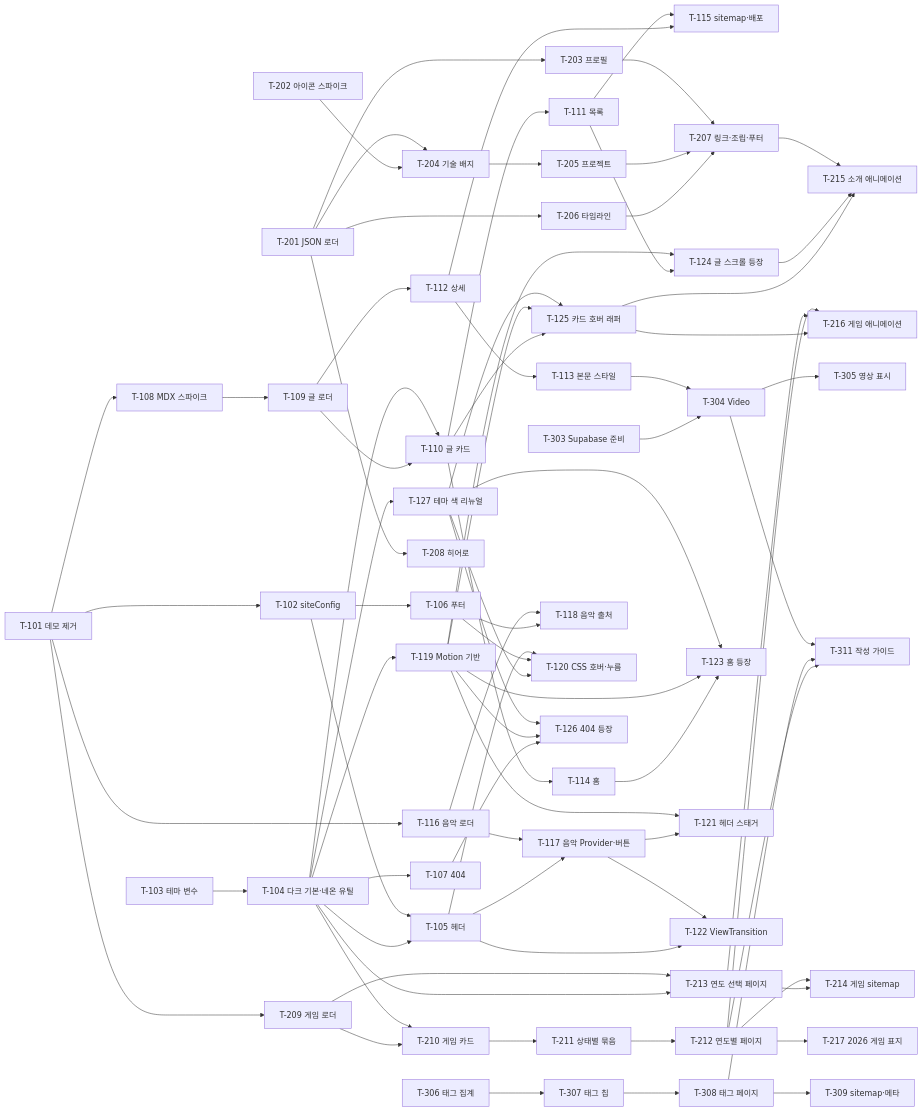
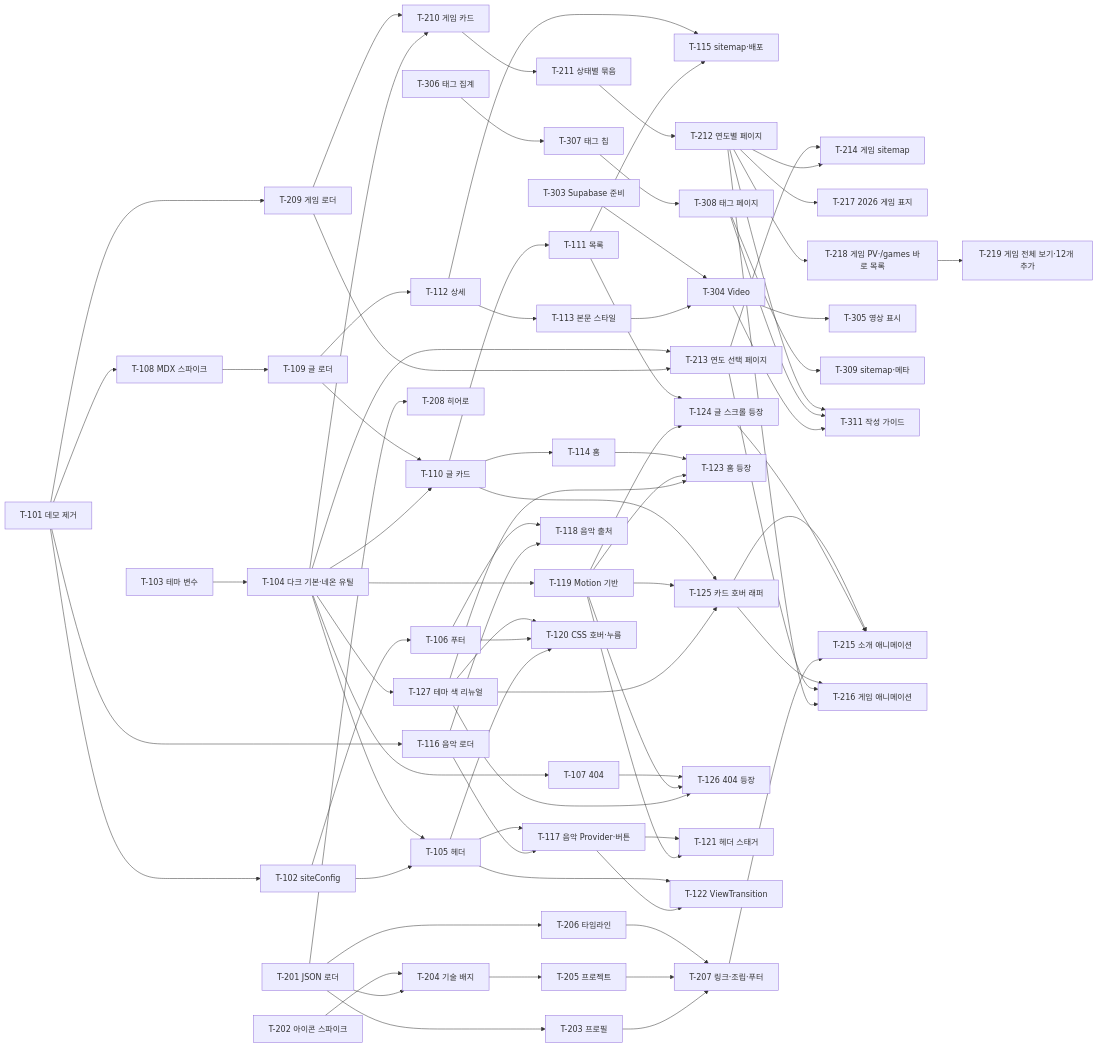
The diagram in .claude/docs/ROADMAP.md (GameDev-HanS/gamedev-hans.github.io), drawn with Mermaid before and after one commit. The commit also changed other lines of this file and 14 other files, not shown here.

```diff
--- a/.claude/docs/ROADMAP.md
+++ b/.claude/docs/ROADMAP.md
@@ -349,6 +362,8 @@
   T212 --> T214[T-214 게임 sitemap]
   T213 --> T214
   T212 --> T217[T-217 2026 게임 표지]
+  T212 --> T218[T-218 게임 PV·/games 바로 목록]
+  T218 --> T219[T-219 게임 전체 보기·12개 추가]
 
   T113 --> T304[T-304 Video]
   T303[T-303 Supabase 준비] --> T304
```
